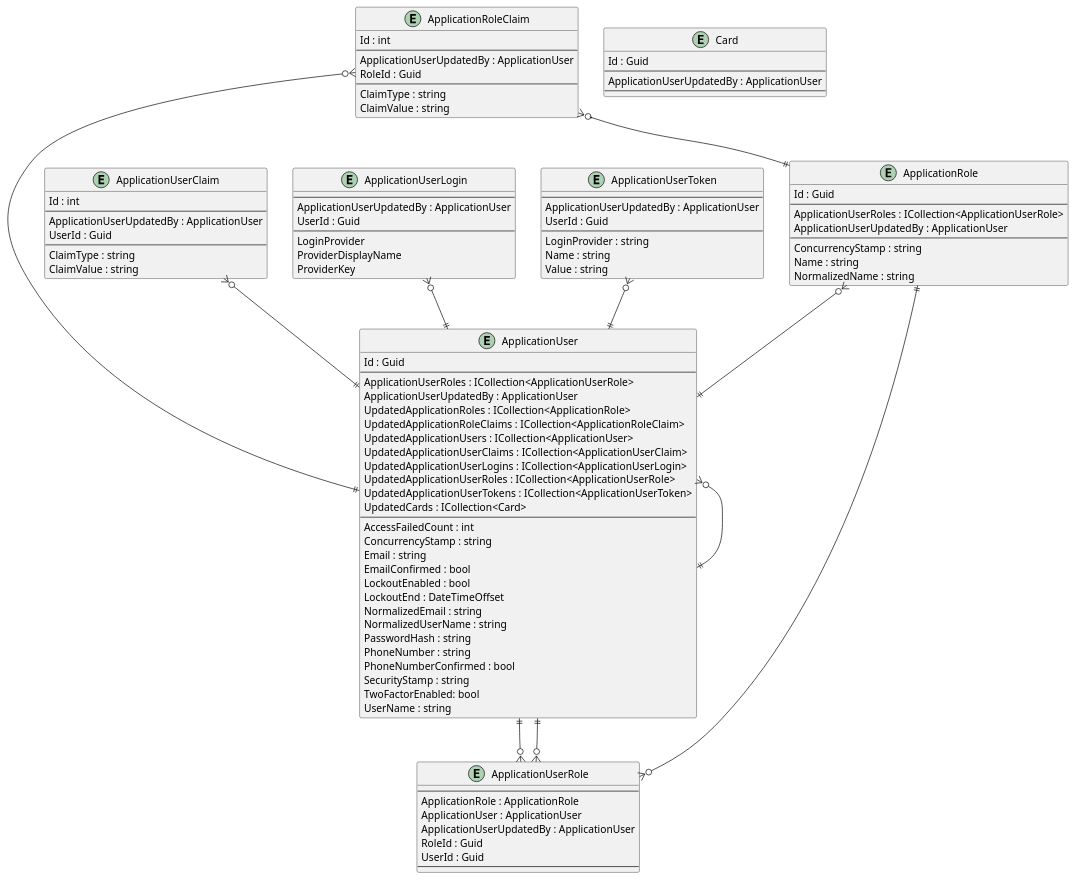
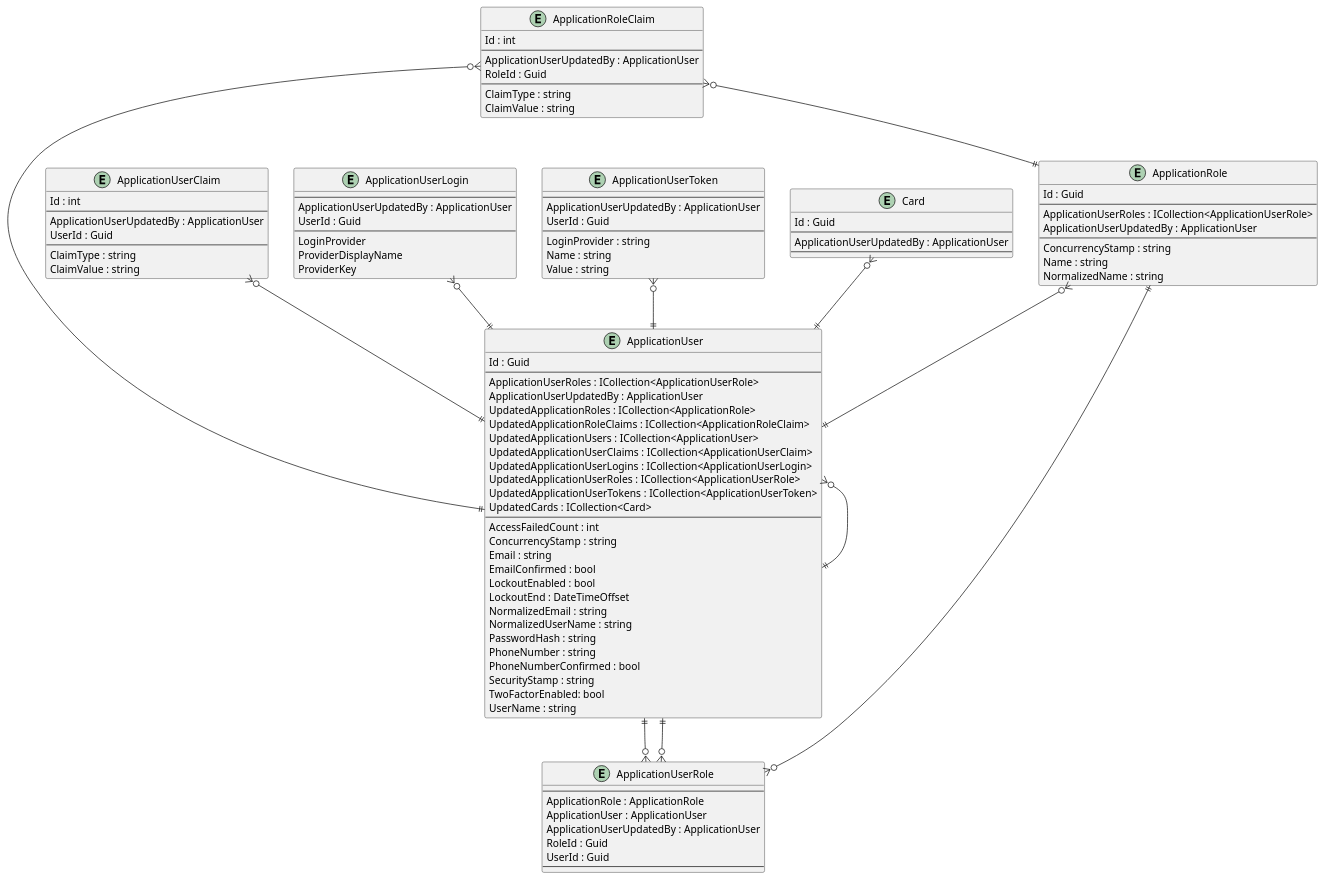
Before and after one commit to intrepion/intrepion_klondike-solitaire_csharp: the diagram in .docs/Intrepion.KlondikeSolitaire.pu, drawn with PlantUML.

```diff
--- a/.docs/Intrepion.KlondikeSolitaire.pu
+++ b/.docs/Intrepion.KlondikeSolitaire.pu
@@ -1,119 +1,120 @@
 @startuml
 
 entity ApplicationRole {
     Id : Guid
     --
     ApplicationUserRoles : ICollection<ApplicationUserRole>
     ApplicationUserUpdatedBy : ApplicationUser
     --
     ConcurrencyStamp : string
     Name : string
     NormalizedName : string
 }
 
 entity ApplicationRoleClaim {
     Id : int
     --
     ApplicationUserUpdatedBy : ApplicationUser
     RoleId : Guid
     --
     ClaimType : string
     ClaimValue : string
 }
 
 entity ApplicationUser {
     Id : Guid
     --
     ApplicationUserRoles : ICollection<ApplicationUserRole>
     ApplicationUserUpdatedBy : ApplicationUser
     UpdatedApplicationRoles : ICollection<ApplicationRole>
     UpdatedApplicationRoleClaims : ICollection<ApplicationRoleClaim>
     UpdatedApplicationUsers : ICollection<ApplicationUser>
     UpdatedApplicationUserClaims : ICollection<ApplicationUserClaim>
     UpdatedApplicationUserLogins : ICollection<ApplicationUserLogin>
     UpdatedApplicationUserRoles : ICollection<ApplicationUserRole>
     UpdatedApplicationUserTokens : ICollection<ApplicationUserToken>
     UpdatedCards : ICollection<Card>
     ' ApplicationUserKeyCodePlaceholder
     --
     AccessFailedCount : int
     ConcurrencyStamp : string
     Email : string
     EmailConfirmed : bool
     LockoutEnabled : bool
     LockoutEnd : DateTimeOffset
     NormalizedEmail : string
     NormalizedUserName : string
     PasswordHash : string
     PhoneNumber : string
     PhoneNumberConfirmed : bool
     SecurityStamp : string
     TwoFactorEnabled: bool
     UserName : string
 }
 
 entity ApplicationUserClaim {
     Id : int
     --
     ApplicationUserUpdatedBy : ApplicationUser
     UserId : Guid
     --
     ClaimType : string
     ClaimValue : string
 }
 
 entity ApplicationUserLogin {
     --
     ApplicationUserUpdatedBy : ApplicationUser
     UserId : Guid
     --
     LoginProvider
     ProviderDisplayName
     ProviderKey
 }
 
 entity ApplicationUserRole {
     --
     ApplicationRole : ApplicationRole
     ApplicationUser : ApplicationUser
     ApplicationUserUpdatedBy : ApplicationUser
     RoleId : Guid
     UserId : Guid
     --
 }
 
 entity ApplicationUserToken {
     --
     ApplicationUserUpdatedBy : ApplicationUser
     UserId : Guid
     --
     LoginProvider : string
     Name : string
     Value : string
 }
 
 entity Card {
     Id : Guid
     --
     ApplicationUserUpdatedBy : ApplicationUser
     ' CardKeyCodePlaceholder
     --
     ' CardPropertyCodePlaceholder
 }
 
 ' EntityCodePlaceholder
 
 ApplicationRole ||--o{ ApplicationUserRole
 ApplicationRole }o--|| ApplicationUser
 ApplicationRoleClaim }o--|| ApplicationRole
 ApplicationRoleClaim }o--|| ApplicationUser
 ApplicationUser }o--|| ApplicationUser
 ApplicationUser ||--o{ ApplicationUserRole
 ApplicationUserClaim }o--|| ApplicationUser
 ApplicationUserLogin }o--|| ApplicationUser
 ApplicationUserRole }o--|| ApplicationUser
 ApplicationUserToken }o--|| ApplicationUser
 
+Card }o--|| ApplicationUser
 ' RelationshipCodePlaceholder
 
 @enduml
```
